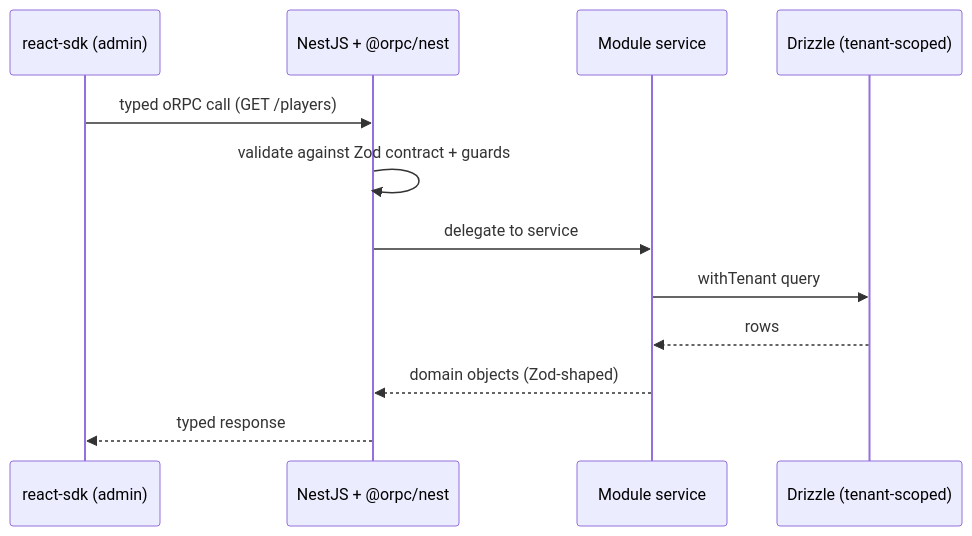
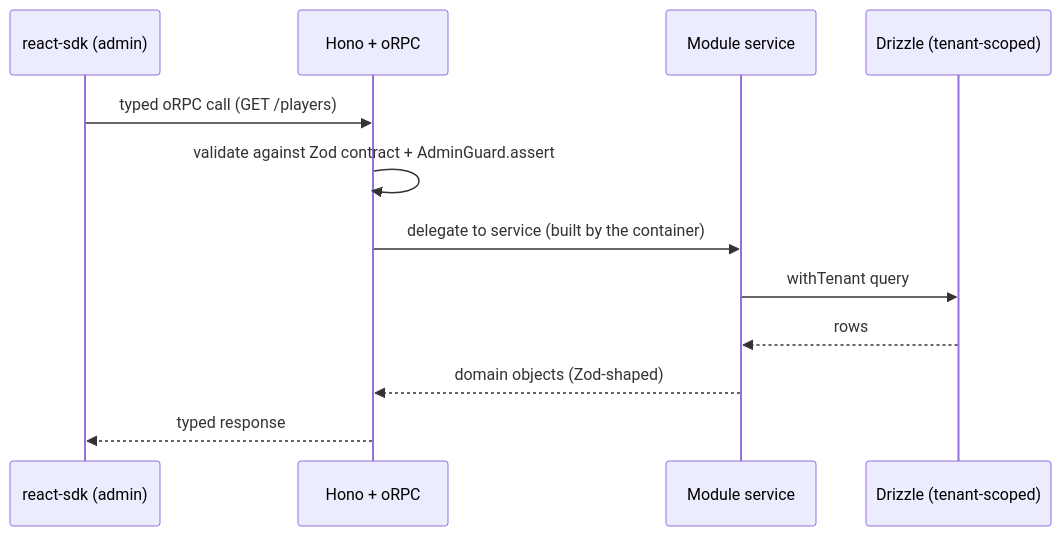
The second of 2 diagrams in docs/architecture.md (blurifycom/openora), drawn with Mermaid before and after one commit. The commit also changed other lines of this file and 142 other files, not shown here.

First line of the commit message:
feat: migrate API from NestJS to Hono + functional composition, add DaisyUI provider

````diff
--- a/docs/architecture.md
+++ b/docs/architecture.md
@@ -139,15 +141,15 @@
 ```mermaid
 sequenceDiagram
   participant UI as react-sdk (admin)
-  participant API as NestJS + @orpc/nest
+  participant API as Hono + oRPC
   participant Mod as Module service
   participant DB as Drizzle (tenant-scoped)
 
   UI->>API: typed oRPC call (GET /players)
-  API->>API: validate against Zod contract + guards
-  API->>Mod: delegate to service
+  API->>API: validate against Zod contract + AdminGuard.assert
+  API->>Mod: delegate to service (built by the container)
   Mod->>DB: withTenant query
   DB-->>Mod: rows
   Mod-->>API: domain objects (Zod-shaped)
   API-->>UI: typed response
 ```
````
